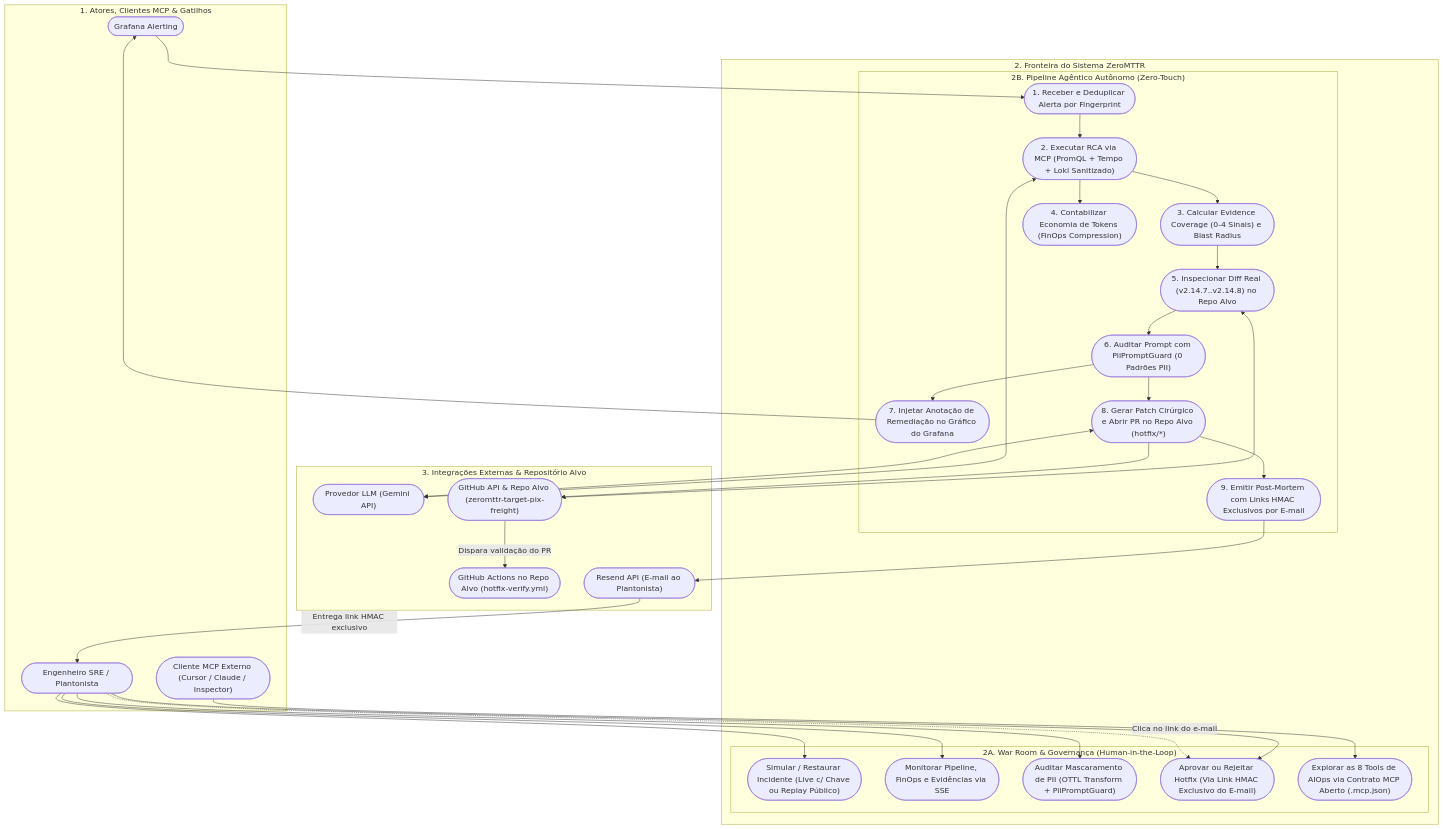
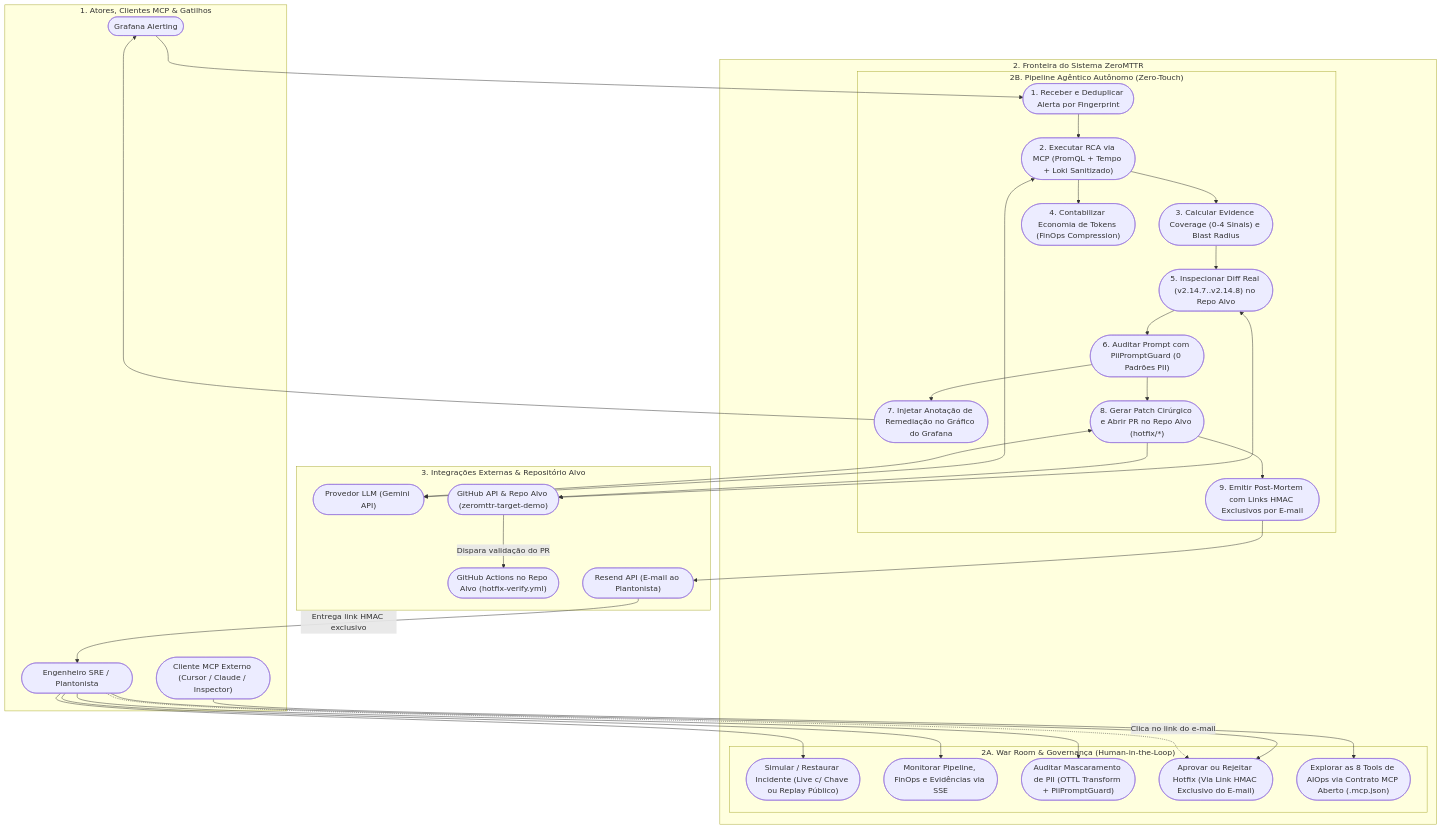
One commit to AdmilsonGoncalves/zeromttr changed the first of 6 diagrams in docs/pt-BR/01_system_diagrams.md. Above: the diagram before and after it, drawn with Mermaid. The commit also changed other lines of this file and 9 other files, not shown here.

Commit message:
docs: keep ZeroMTTR domain-agnostic (Clean Architecture) with api-pagamentos-core demo workload

````diff
--- a/docs/pt-BR/01_system_diagrams.md
+++ b/docs/pt-BR/01_system_diagrams.md
@@ -16,68 +16,68 @@
 ```mermaid
 flowchart TD
     subgraph Atores["1. Atores, Clientes MCP & Gatilhos"]
         SRE(["Engenheiro SRE / Plantonista"])
         EXT_MCP(["Cliente MCP Externo (Cursor / Claude / Inspector)"])
         GRAF(["Grafana Alerting"])
     end
 
     subgraph ZeroMTTR_Boundary["2. Fronteira do Sistema ZeroMTTR"]
         subgraph Operacao_Interativa["2A. War Room & Governança (Human-in-the-Loop)"]
             UC_SIM(["Simular / Restaurar Incidente (Live c/ Chave ou Replay Público)"])
             UC_MON(["Monitorar Pipeline, FinOps e Evidências via SSE"])
             UC_PII(["Auditar Mascaramento de PII (OTTL Transform + PiiPromptGuard)"])
             UC_DEC(["Aprovar ou Rejeitar Hotfix (Via Link HMAC Exclusivo do E-mail)"])
             UC_EXT(["Explorar as 8 Tools de AIOps via Contrato MCP Aberto (.mcp.json)"])
         end
 
         subgraph Pipeline_Autonomo["2B. Pipeline Agêntico Autônomo (Zero-Touch)"]
             UC_ALT(["1. Receber e Deduplicar Alerta por Fingerprint"])
             UC_RCA(["2. Executar RCA via MCP (PromQL + Tempo + Loki Sanitizado)"])
             UC_COV(["3. Calcular Evidence Coverage (0-4 Sinais) e Blast Radius"])
             UC_FIN(["4. Contabilizar Economia de Tokens (FinOps Compression)"])
             UC_DIFF(["5. Inspecionar Diff Real (v2.14.7..v2.14.8) no Repo Alvo"])
             UC_GUARD(["6. Auditar Prompt com PiiPromptGuard (0 Padrões PII)"])
             UC_ANN(["7. Injetar Anotação de Remediação no Gráfico do Grafana"])
             UC_PR(["8. Gerar Patch Cirúrgico e Abrir PR no Repo Alvo (hotfix/*)"])
             UC_NOT(["9. Emitir Post-Mortem com Links HMAC Exclusivos por E-mail"])
         end
     end
 
     subgraph Provedores_Externos["3. Integrações Externas & Repositório Alvo"]
         LLM(["Provedor LLM (Gemini API)"])
-        GH(["GitHub API & Repo Alvo (zeromttr-target-pix-freight)"])
+        GH(["GitHub API & Repo Alvo (zeromttr-target-demo)"])
         GHCI(["GitHub Actions no Repo Alvo (hotfix-verify.yml)"])
         RS(["Resend API (E-mail ao Plantonista)"])
     end
 
     %% Ações do SRE e Cliente MCP Externo
     SRE --> UC_SIM
     SRE --> UC_MON
     SRE --> UC_PII
     SRE --> UC_DEC
     EXT_MCP --> UC_EXT
 
     %% Gatilho do Grafana
     GRAF --> UC_ALT
 
     %% Fluxo autônomo
     UC_ALT --> UC_RCA
     UC_RCA --> UC_COV
     UC_RCA --> UC_FIN
     UC_COV --> UC_DIFF
     UC_DIFF --> UC_GUARD
     UC_GUARD --> UC_ANN
     UC_GUARD --> UC_PR
     UC_PR --> UC_NOT
 
     %% Integrações externas
     UC_RCA <--> LLM
     UC_DIFF <--> GH
     UC_ANN --> GRAF
     UC_PR <--> LLM
     UC_PR --> GH
     GH -->|"Dispara validação do PR"| GHCI
     UC_NOT --> RS
     RS -->|"Entrega link HMAC exclusivo"| SRE
     SRE -.->|"Clica no link do e-mail"| UC_DEC
 ```
````
